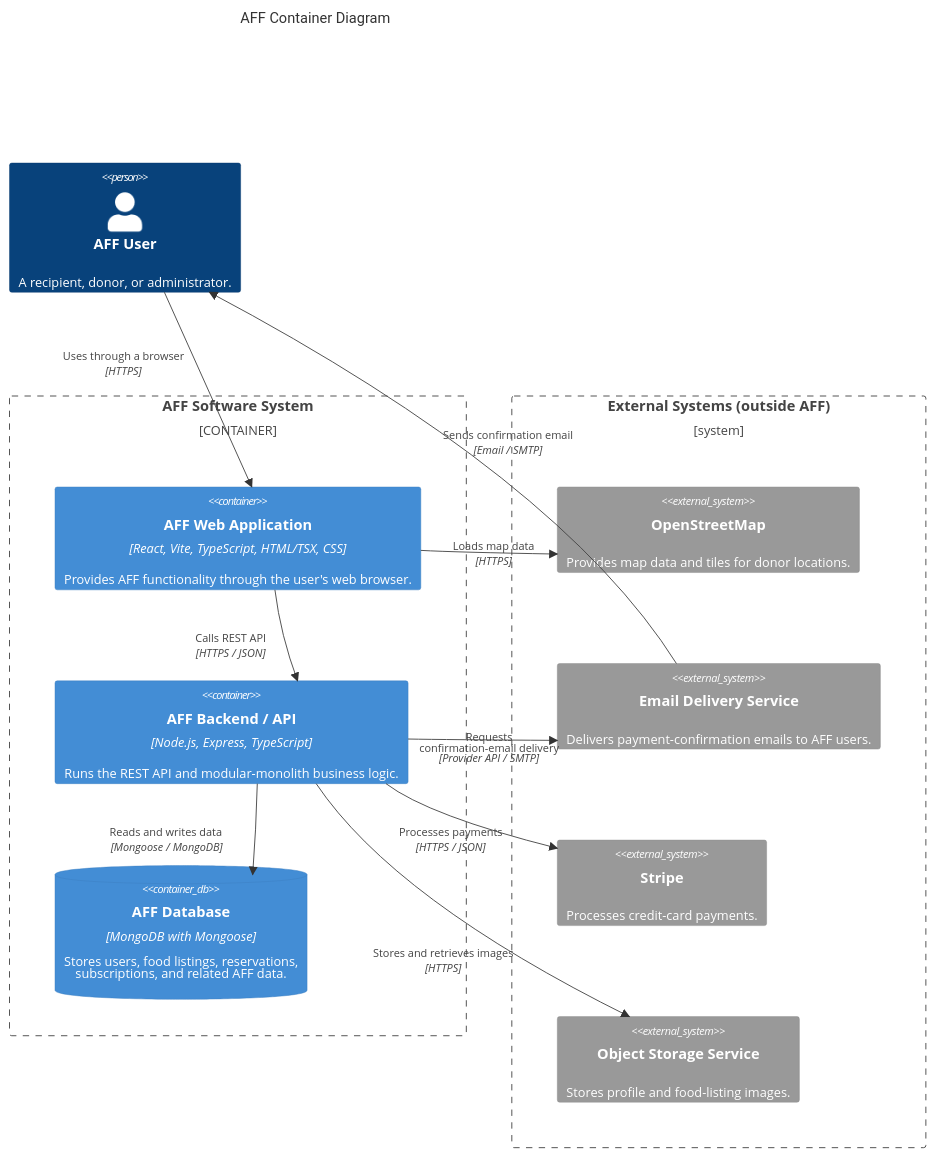
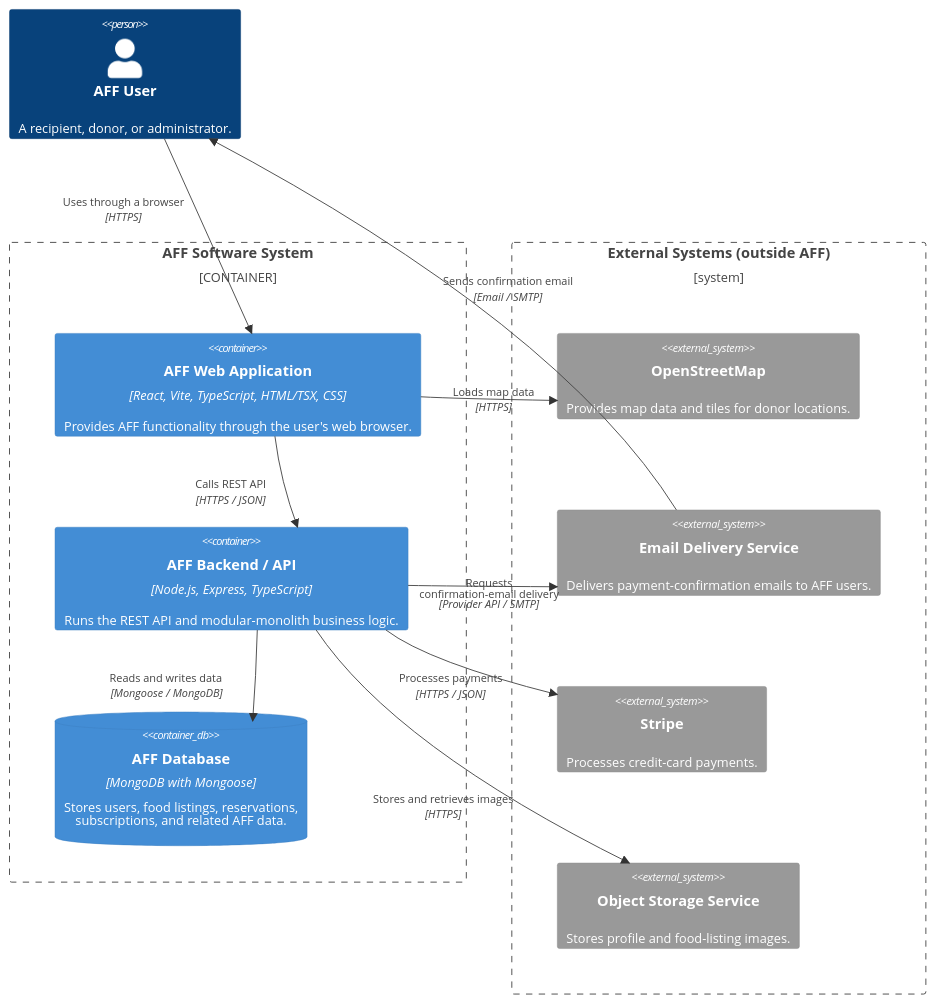
Before and after one commit to 2026B-FullStackDevelopment/aff: the diagram in docs/container-diagram.md, drawn with Mermaid. The commit also changed 1 other file, not shown here.

Commit message:
Update container-diagram. Created diagram png file. Also created docx file (not saved in directory) to add the diagram and explanation to the report

````diff
--- a/docs/container-diagram.md
+++ b/docs/container-diagram.md
@@ -5,41 +5,39 @@
 ```mermaid
 
 C4Container
-  title AFF Container Diagram
-
   Person(user, "AFF User", "A recipient, donor, or administrator.")
 
   Container_Boundary(aff, "AFF Software System") {
     Container(web, "AFF Web Application", "React, Vite, TypeScript, HTML/TSX, CSS", "Provides AFF functionality through the user's web browser.")
     Container(backend, "AFF Backend / API", "Node.js, Express, TypeScript", "Runs the REST API and modular-monolith business logic.")
     ContainerDb(database, "AFF Database", "MongoDB with Mongoose", "Stores users, food listings, reservations,<br/>subscriptions, and related AFF data.")
   }
 
   Boundary(externalSystems, "External Systems (outside AFF)") {
     System_Ext(openStreetMap, "OpenStreetMap", "Provides map data and tiles for donor locations.")
     System_Ext(emailService, "Email Delivery Service", "Delivers payment-confirmation emails to AFF users.")
     System_Ext(stripe, "Stripe", "Processes credit-card payments.")
     System_Ext(objectStorage, "Object Storage Service", "Stores profile and food-listing images.")
   }
 
   Rel_Down(user, web, "Uses through a browser", "HTTPS")
   Rel_Down(web, backend, "Calls REST API", "HTTPS / JSON")
   Rel_Down(backend, database, "Reads and writes data", "Mongoose / MongoDB")
 
   Rel_Right(web, openStreetMap, "Loads map data", "HTTPS")
   Rel_Right(backend, emailService, "Requests <br/> confirmation-email delivery", "Provider API / SMTP")
   Rel_Right(backend, stripe, "Processes payments", "HTTPS / JSON")
   Rel_Up(emailService, user, "Sends confirmation email", "Email / SMTP")
   Rel_Right(backend, objectStorage, "Stores and retrieves images", "HTTPS")
 
   UpdateRelStyle(user, web, $offsetX="-160", $offsetY="-40")
   UpdateRelStyle(web, backend, $offsetX="-100", $offsetY="0")
   UpdateRelStyle(backend, database, $offsetX="-160", $offsetY="0")
   UpdateRelStyle(web, openStreetMap, $offsetX="-40", $offsetY="-10")
   UpdateRelStyle(backend, emailService, $offsetX="-70", $offsetY="0")
   UpdateRelStyle(backend, stripe, $offsetX="-80", $offsetY="15")
   UpdateRelStyle(emailService, user, $offsetX="0", $offsetY="-50")
   UpdateRelStyle(backend, objectStorage, $offsetX="-110", $offsetY="55")
 
   UpdateLayoutConfig($c4ShapeInRow="1", $c4BoundaryInRow="2")
 ```
````
